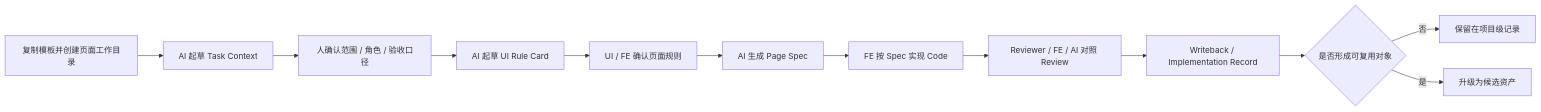
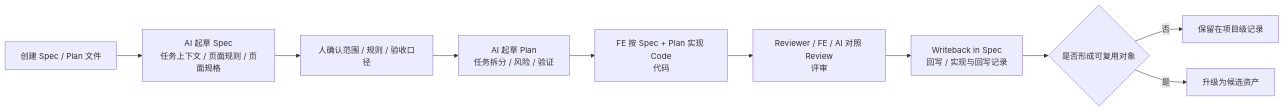
The diagram in docs/playbook.md (clarence1026/Spec-Driven-Development), drawn with Mermaid before and after one commit. The commit also changed other lines of this file and 16 other files, not shown here.

````diff
--- a/docs/playbook.md
+++ b/docs/playbook.md
@@ -83,14 +147,12 @@
 ```mermaid
 flowchart LR
-    A[复制模板并创建页面工作目录] --> B[AI 起草 Task Context]
-    B --> C[人确认范围 / 角色 / 验收口径]
-    C --> D[AI 起草 UI Rule Card]
-    D --> E[UI / FE 确认页面规则]
-    E --> F[AI 生成 Page Spec]
-    F --> G[FE 按 Spec 实现 Code]
-    G --> H[Reviewer / FE / AI 对照 Review]
-    H --> I[Writeback / Implementation Record]
-    I --> J{是否形成可复用对象}
-    J -->|否| K[保留在项目级记录]
-    J -->|是| L[升级为候选资产]
+    A[创建 Spec / Plan 文件] --> B[AI 起草 Spec<br/>任务上下文 / 页面规则 / 页面规格]
+    B --> C[人确认范围 / 规则 / 验收口径]
+    C --> D[AI 起草 Plan<br/>任务拆分 / 风险 / 验证]
+    D --> E[FE 按 Spec + Plan 实现 Code<br/>代码]
+    E --> F[Reviewer / FE / AI 对照 Review<br/>评审]
+    F --> G[Writeback in Spec<br/>回写 / 实现与回写记录]
+    G --> H{是否形成可复用对象}
+    H -->|否| I[保留在项目级记录]
+    H -->|是| J[升级为候选资产]
 ```
````
